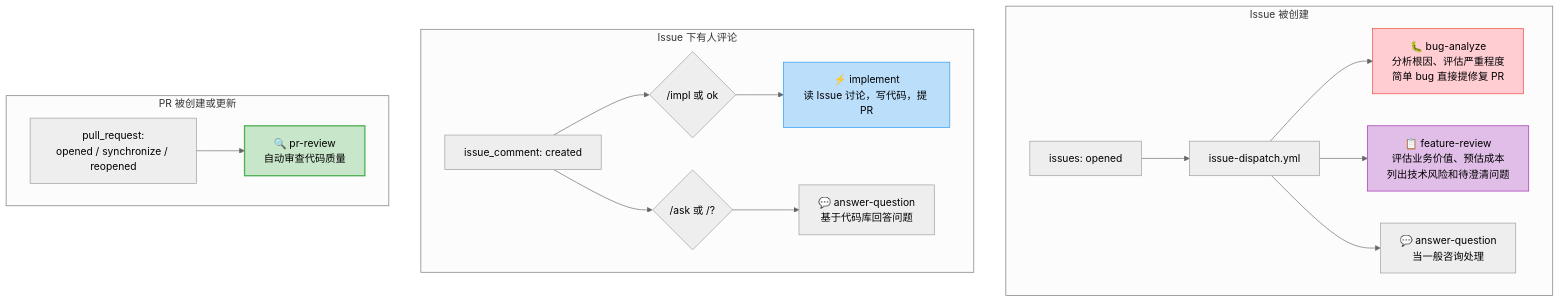
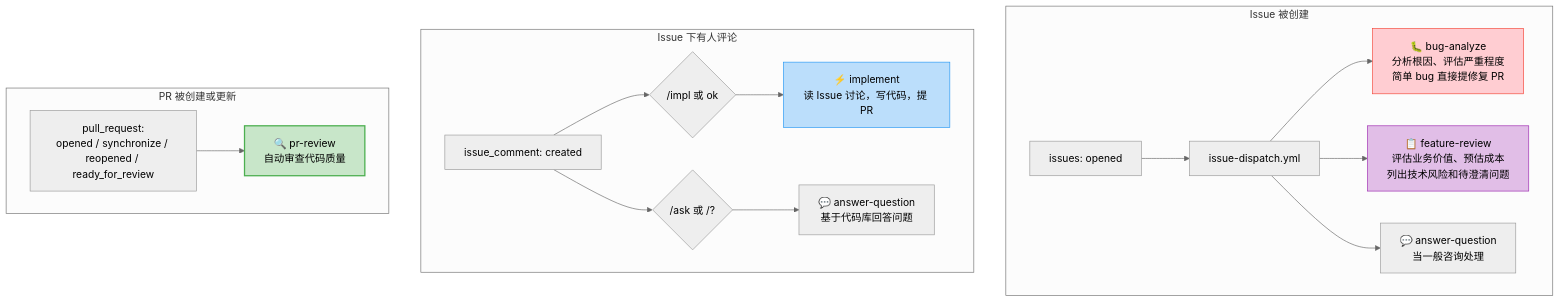
Diagram 13 of 13 in docs/code-review-design.md (Lightspeed-Intelligence/agentic-workflow-template), drawn with Mermaid (neutral theme) before and after one commit. The commit also changed other lines of this file and 4 other files, not shown here.

Commit message:
fix(review): trigger required review when draft PRs become ready

````diff
--- a/docs/code-review-design.md
+++ b/docs/code-review-design.md
@@ -440,29 +441,29 @@
 ```mermaid
 flowchart TD
     subgraph issue_created["Issue 被创建"]
         ic_event["issues: opened"]
         ic_dispatch["issue-dispatch.yml"]
         ic_event --> ic_dispatch
         ic_dispatch --> bug["🐛 bug-analyze<br/>分析根因、评估严重程度<br/>简单 bug 直接提修复 PR"]
         ic_dispatch --> feat["📋 feature-review<br/>评估业务价值、预估成本<br/>列出技术风险和待澄清问题"]
         ic_dispatch --> ans1["💬 answer-question<br/>当一般咨询处理"]
     end
 
     subgraph issue_comment["Issue 下有人评论"]
         comment_event["issue_comment: created"]
         comment_event --> impl_kw{"/impl 或 ok"}
         comment_event --> ask_kw{"/ask 或 /?"}
         impl_kw --> impl["⚡ implement<br/>读 Issue 讨论，写代码，提 PR"]
         ask_kw --> ans2["💬 answer-question<br/>基于代码库回答问题"]
     end
 
     subgraph pr_event["PR 被创建或更新"]
-        pr_trigger["pull_request:<br/>opened / synchronize / reopened"]
+        pr_trigger["pull_request:<br/>opened / synchronize / reopened / ready_for_review"]
         pr_trigger --> review["🔍 pr-review<br/>自动审查代码质量"]
     end
 
     style review fill:#c8e6c9,stroke:#4CAF50,stroke-width:2px
     style bug fill:#ffcdd2,stroke:#f44336
     style feat fill:#e1bee7,stroke:#9C27B0
     style impl fill:#bbdefb,stroke:#2196F3
 ```
````
